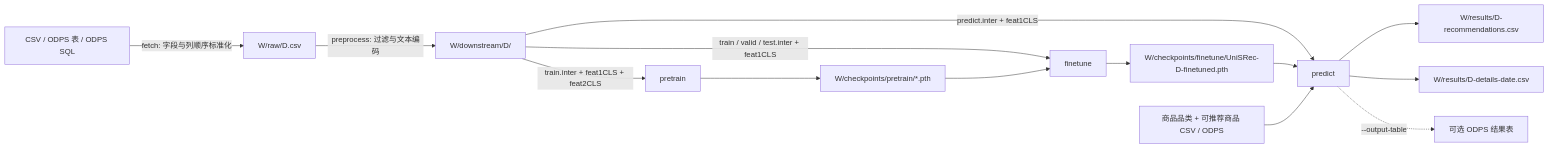
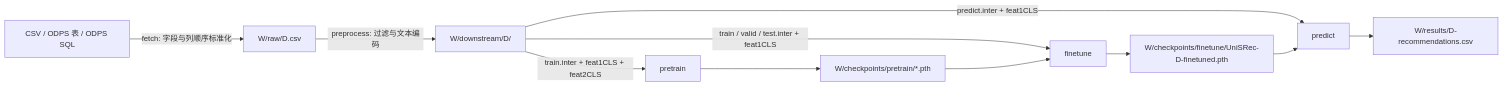
Before and after one commit to Guozisong/Unisrec_1: the diagram in README.md, drawn with Mermaid. The commit also changed other lines of this file, not shown here.

````diff
--- a/README.md
+++ b/README.md
@@ -167,16 +151,13 @@
 ```mermaid
 flowchart LR
     A[CSV / ODPS 表 / ODPS SQL] -->|fetch: 字段与列顺序标准化| B[W/raw/D.csv]
     B -->|preprocess: 过滤与文本编码| C[W/downstream/D/]
     C -->|train.inter + feat1CLS + feat2CLS| P[pretrain]
     P --> X[W/checkpoints/pretrain/*.pth]
     C -->|train / valid / test.inter + feat1CLS| F[finetune]
     X --> F
     F --> Y[W/checkpoints/finetune/UniSRec-D-finetuned.pth]
     C -->|predict.inter + feat1CLS| R[predict]
     Y --> R
-    M[商品品类 + 可推荐商品 CSV / ODPS] --> R
     R --> Z[W/results/D-recommendations.csv]
-    R --> Q[W/results/D-details-date.csv]
-    R -. --output-table .-> O[可选 ODPS 结果表]
 ```
````
